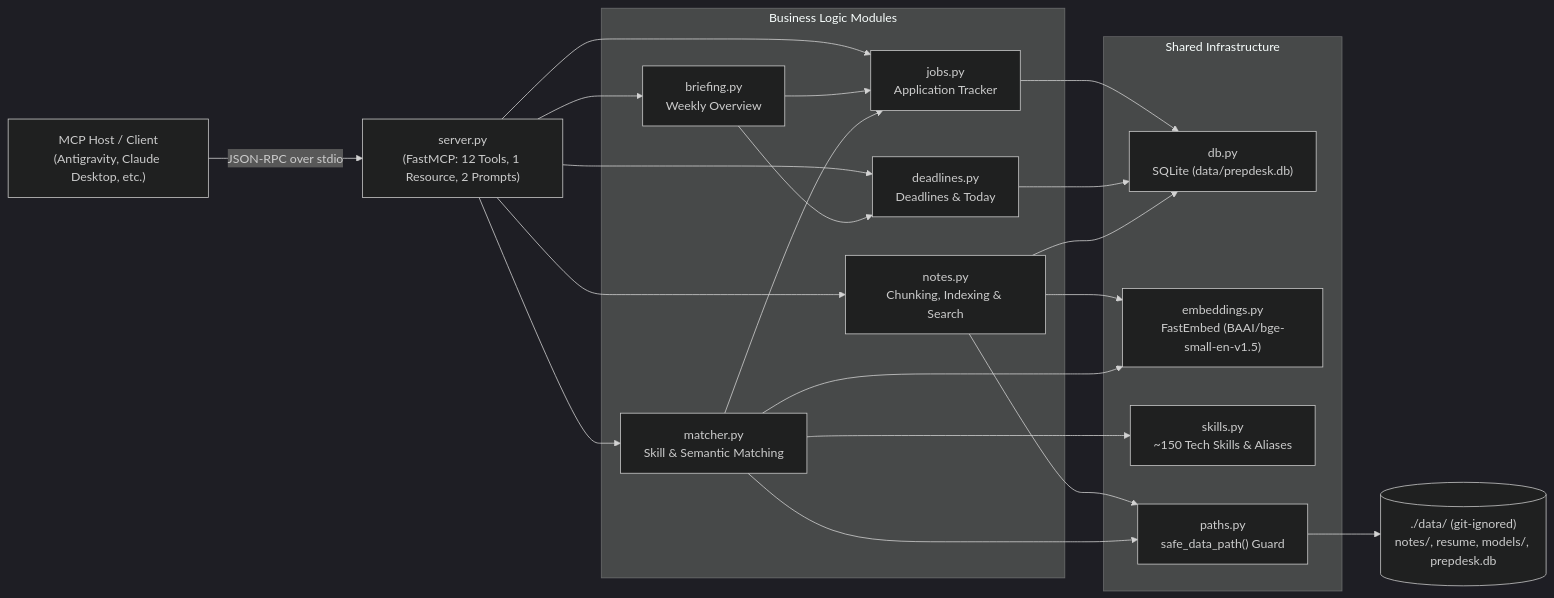
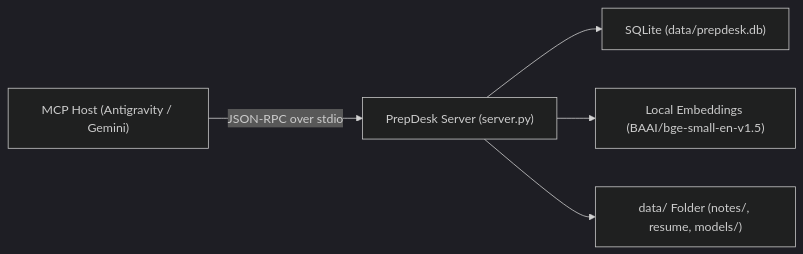
One commit to SarvyagyaPrakash/PrepDesk changed the diagram in README.md. Above: the diagram before and after it, drawn with Mermaid (dark theme). The commit also changed other lines of this file and 11 other files, not shown here.

````diff
--- a/README.md
+++ b/README.md
@@ -7,27 +13,7 @@
 ```mermaid
 flowchart LR
-    Client["MCP Host / Client<br/>(Antigravity, Claude Desktop, etc.)"] -->|JSON-RPC over stdio| Server["server.py<br/>(FastMCP: 12 Tools, 1 Resource, 2 Prompts)"]
-
-    subgraph Logic["Business Logic Modules"]
-        Jobs["jobs.py<br/>Application Tracker"]
-        Deadlines["deadlines.py<br/>Deadlines & Today"]
-        Notes["notes.py<br/>Chunking, Indexing & Search"]
-        Matcher["matcher.py<br/>Skill & Semantic Matching"]
-        Briefing["briefing.py<br/>Weekly Overview"]
-    end
-
-    subgraph Core["Shared Infrastructure"]
-        DB["db.py<br/>SQLite (data/prepdesk.db)"]
-        Embed["embeddings.py<br/>FastEmbed (BAAI/bge-small-en-v1.5)"]
-        Skills["skills.py<br/>~150 Tech Skills & Aliases"]
-        Paths["paths.py<br/>safe_data_path() Guard"]
-    end
-
-    Server --> Jobs & Deadlines & Notes & Matcher & Briefing
-    Briefing --> Deadlines & Jobs
-    Jobs & Deadlines & Notes --> DB
-    Notes & Matcher --> Embed
-    Notes & Matcher --> Paths
-    Matcher --> Skills & Jobs
-    Paths --> Data[("./data/ (git-ignored)<br/>notes/, resume, models/, prepdesk.db")]
+    Host["MCP Host (Antigravity / Gemini)"] -->|JSON-RPC over stdio| Server["PrepDesk Server (server.py)"]
+    Server --> DB["SQLite (data/prepdesk.db)"]
+    Server --> Embed["Local Embeddings (BAAI/bge-small-en-v1.5)"]
+    Server --> Data["data/ Folder (notes/, resume, models/)"]
 ```
````
